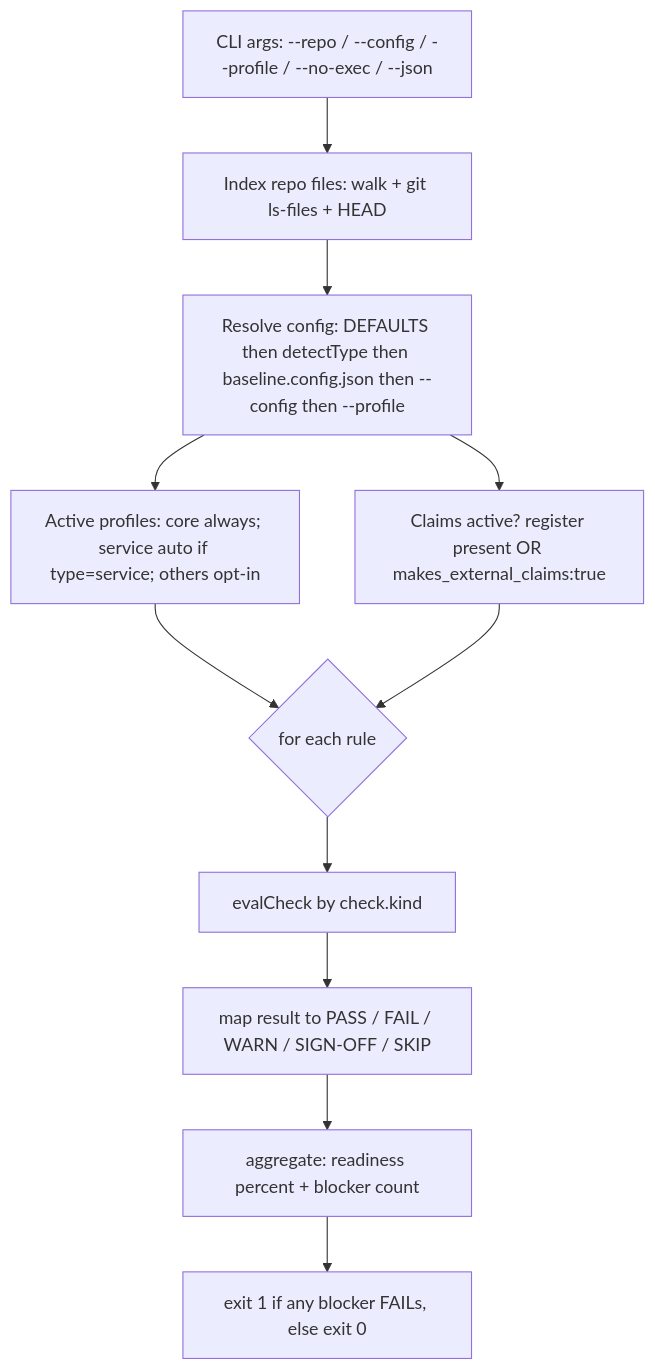
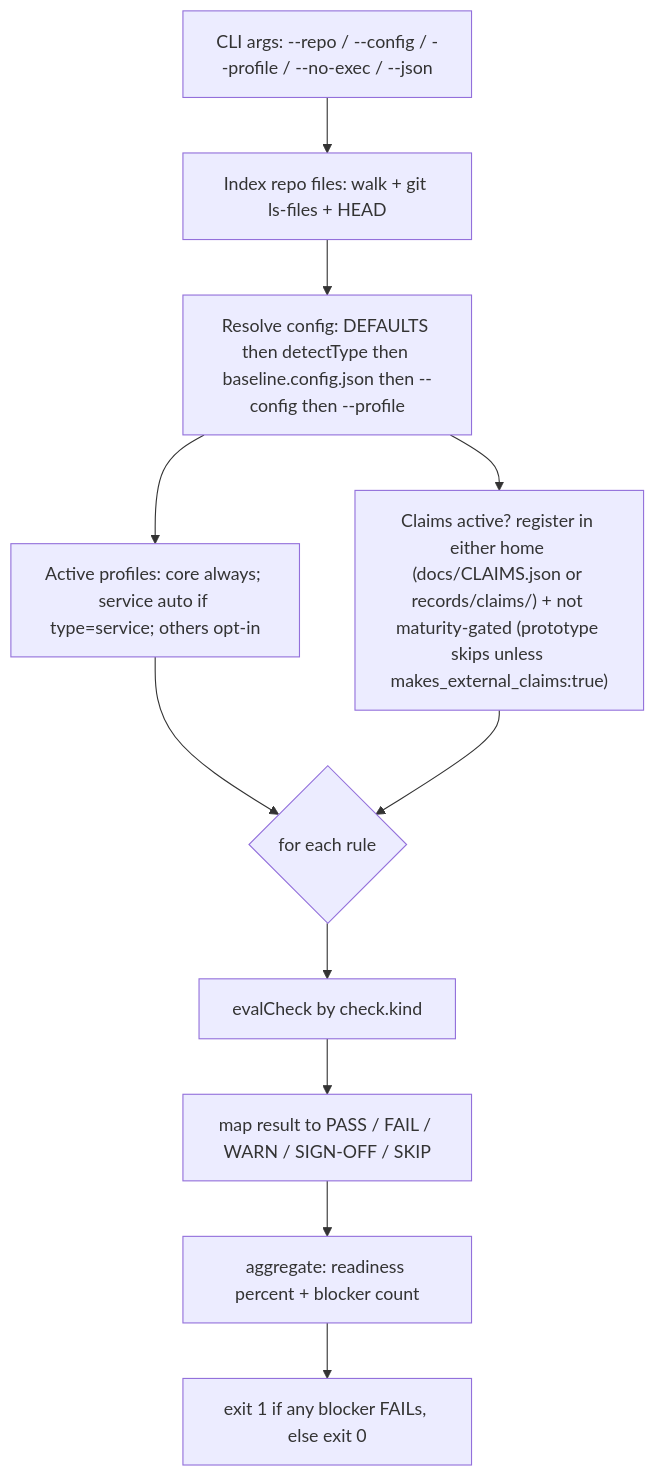
One commit to AdarGit008/baseline-skill changed the second of 3 diagrams in REFERENCE.md. Above: the diagram before and after it, drawn with Mermaid. The commit also changed other lines of this file and 35 other files, not shown here.

````diff
--- a/REFERENCE.md
+++ b/REFERENCE.md
@@ -73,13 +73,13 @@
 ```mermaid
 flowchart TD
   A["CLI args: --repo / --config / --profile / --no-exec / --json"] --> B["Index repo files: walk + git ls-files + HEAD"]
   B --> C["Resolve config: DEFAULTS then detectType then baseline.config.json then --config then --profile"]
   C --> D["Active profiles: core always; service auto if type=service; others opt-in"]
-  C --> E["Claims active? register present OR makes_external_claims:true"]
+  C --> E["Claims active? register in either home (docs/CLAIMS.json or records/claims/) + not maturity-gated (prototype skips unless makes_external_claims:true)"]
   D --> F{"for each rule"}
   E --> F
   F --> G["evalCheck by check.kind"]
   G --> H["map result to PASS / FAIL / WARN / SIGN-OFF / SKIP"]
   H --> I["aggregate: readiness percent + blocker count"]
   I --> J["exit 1 if any blocker FAILs, else exit 0"]
 ```
````
